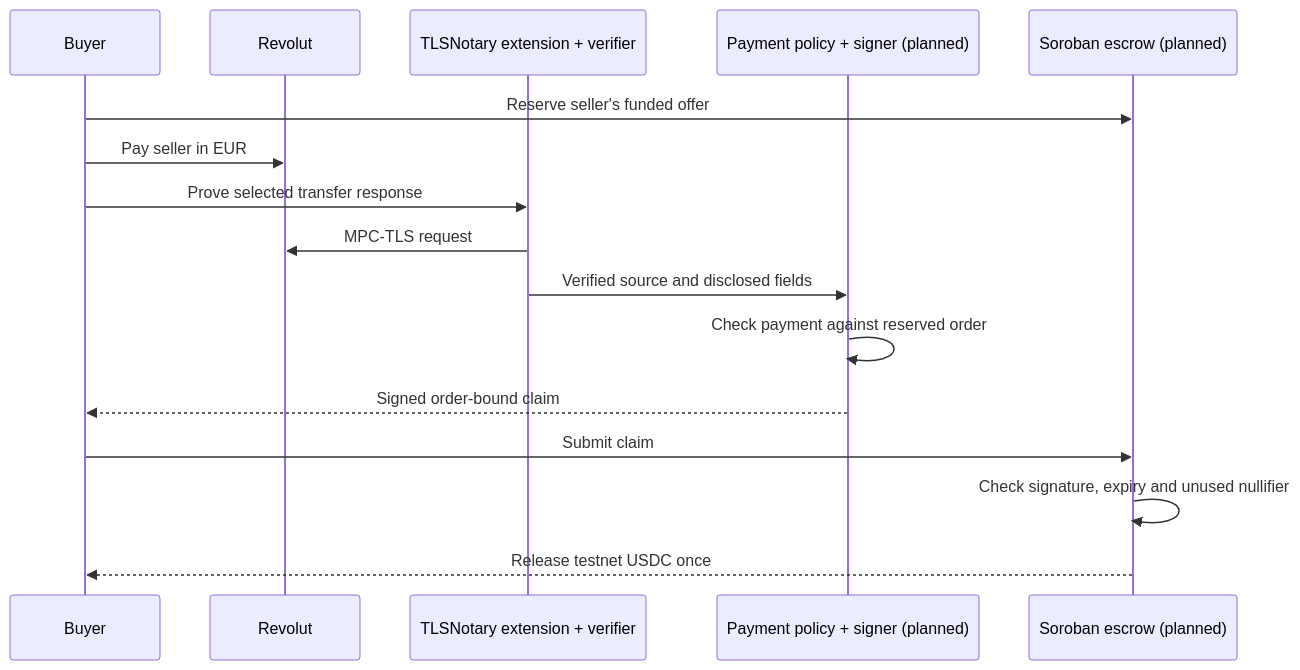
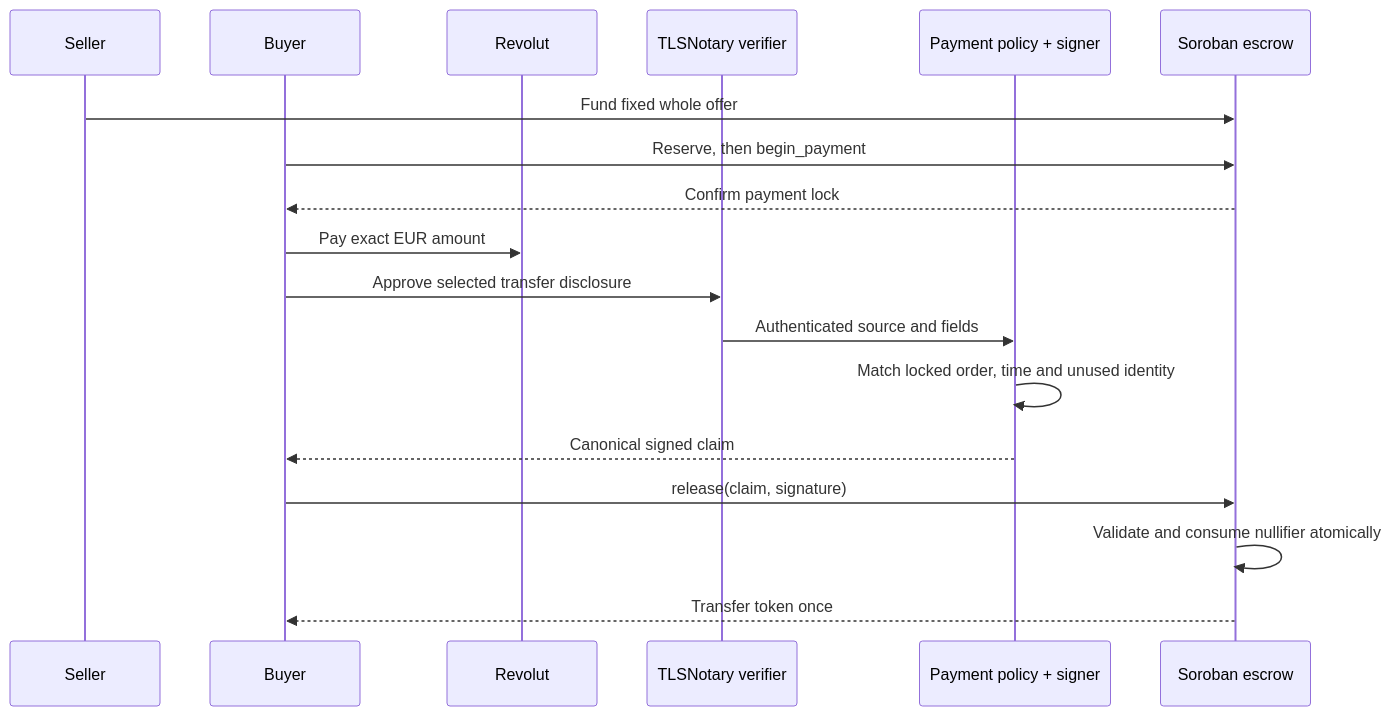
Before and after one commit to vmichalik/stellar-p2p: the diagram in docs/architecture.md, drawn with Mermaid. The commit also changed other lines of this file and 24 other files, not shown here.

````diff
--- a/docs/architecture.md
+++ b/docs/architecture.md
@@ -5,18 +5,20 @@
 ```mermaid
 sequenceDiagram
+    participant Seller
     participant Buyer
     participant Bank as Revolut
-    participant Proof as TLSNotary extension + verifier
-    participant Policy as Payment policy + signer (planned)
-    participant Escrow as Soroban escrow (planned)
-    Buyer->>Escrow: Reserve seller's funded offer
-    Buyer->>Bank: Pay seller in EUR
-    Buyer->>Proof: Prove selected transfer response
-    Proof->>Bank: MPC-TLS request
-    Proof->>Policy: Verified source and disclosed fields
-    Policy->>Policy: Check payment against reserved order
-    Policy-->>Buyer: Signed order-bound claim
-    Buyer->>Escrow: Submit claim
-    Escrow->>Escrow: Check signature, expiry and unused nullifier
-    Escrow-->>Buyer: Release testnet USDC once
+    participant Proof as TLSNotary verifier
+    participant Policy as Payment policy + signer
+    participant Escrow as Soroban escrow
+    Seller->>Escrow: Fund fixed whole offer
+    Buyer->>Escrow: Reserve, then begin_payment
+    Escrow-->>Buyer: Confirm payment lock
+    Buyer->>Bank: Pay exact EUR amount
+    Buyer->>Proof: Approve selected transfer disclosure
+    Proof->>Policy: Authenticated source and fields
+    Policy->>Policy: Match locked order, time and unused identity
+    Policy-->>Buyer: Canonical signed claim
+    Buyer->>Escrow: release(claim, signature)
+    Escrow->>Escrow: Validate and consume nullifier atomically
+    Escrow-->>Buyer: Transfer token once
 ```
````
